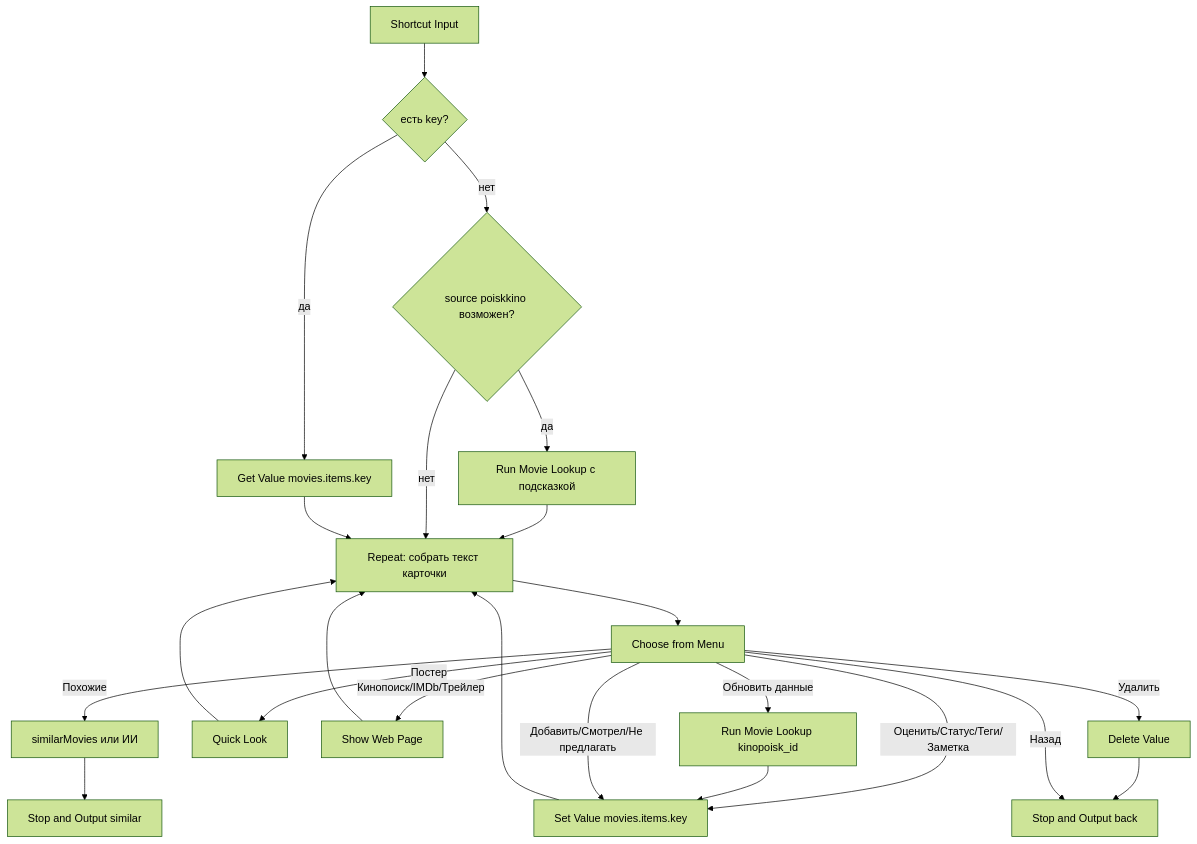
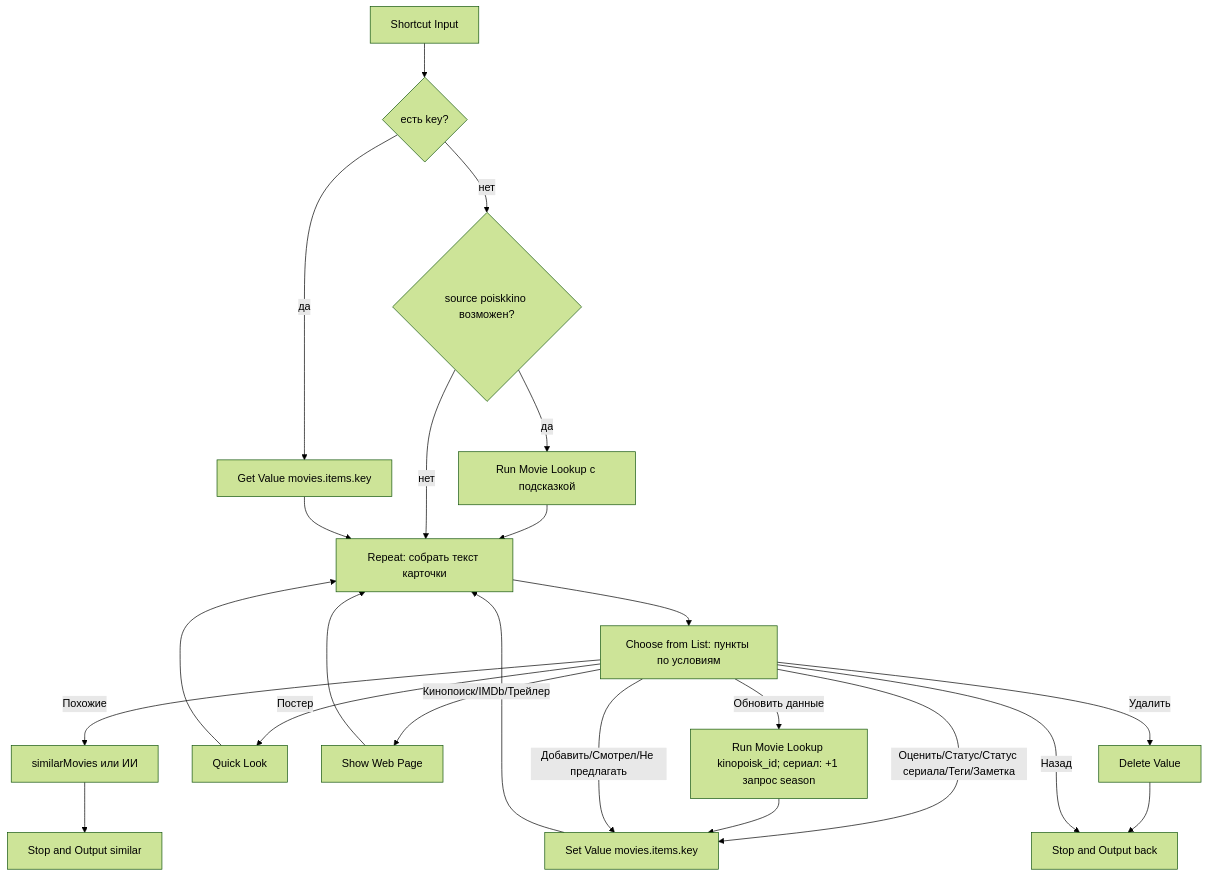
The diagram in card/README.md (Gamspi/movie_gallery), drawn with Mermaid (forest theme) before and after one commit. The commit also changed other lines of this file and 20 other files, not shown here.

````diff
--- a/card/README.md
+++ b/card/README.md
@@ -27,18 +27,18 @@
 ```mermaid
 flowchart TD
     In[Shortcut Input] --> K{есть key?}
     K -->|да| Load[Get Value movies.items.key]
     K -->|нет| Lazy{source poiskkino возможен?}
     Lazy -->|да| LU[Run Movie Lookup с подсказкой] --> R
     Lazy -->|нет| R
     Load --> R[Repeat: собрать текст карточки]
-    R --> Menu[Choose from Menu]
-    Menu -->|Оценить/Статус/Теги/Заметка| Save[Set Value movies.items.key] --> R
-    Menu -->|Обновить данные| Upd[Run Movie Lookup kinopoisk_id] --> Save
+    R --> Menu[Choose from List: пункты по условиям]
+    Menu -->|Оценить/Статус/Статус сериала/Теги/Заметка| Save[Set Value movies.items.key] --> R
+    Menu -->|Обновить данные| Upd[Run Movie Lookup kinopoisk_id; сериал: +1 запрос season] --> Save
     Menu -->|Постер| QL[Quick Look] --> R
     Menu -->|Кинопоиск/IMDb/Трейлер| Web[Show Web Page] --> R
     Menu -->|Похожие| Sim[similarMovies или ИИ] --> OutS[Stop and Output similar]
     Menu -->|Удалить| Del[Delete Value] --> OutB
     Menu -->|Добавить/Смотрел/Не предлагать| Save
     Menu -->|Назад| OutB[Stop and Output back]
 ```
````
